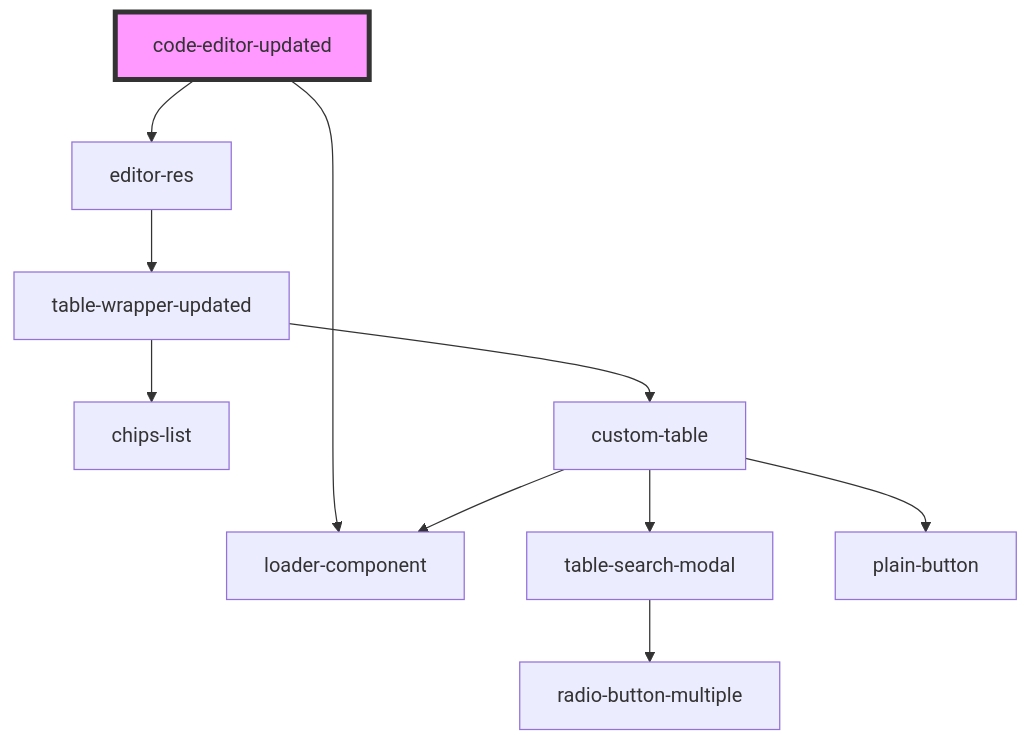
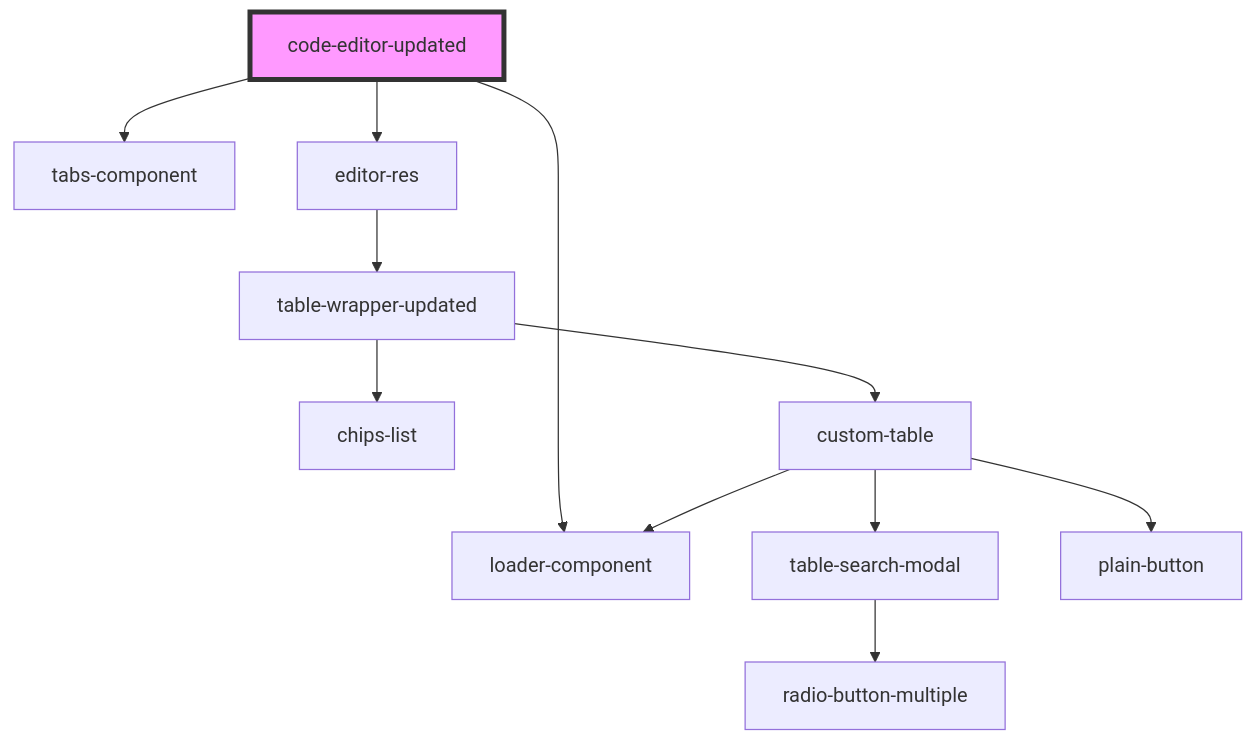
One commit to techvariable/NeptuneConnectComponents changed the diagram in src/components/code-editor-updated/readme.md. Above: the diagram before and after it, drawn with Mermaid. The commit also changed other lines of this file and 8 other files, not shown here.

````diff
--- a/src/components/code-editor-updated/readme.md
+++ b/src/components/code-editor-updated/readme.md
@@ -24,13 +26,14 @@
 ```mermaid
 graph TD;
+  code-editor-updated --> tabs-component
   code-editor-updated --> loader-component
   code-editor-updated --> editor-res
   editor-res --> table-wrapper-updated
   table-wrapper-updated --> chips-list
   table-wrapper-updated --> custom-table
   custom-table --> table-search-modal
   custom-table --> loader-component
   custom-table --> plain-button
   table-search-modal --> radio-button-multiple
   style code-editor-updated fill:#f9f,stroke:#333,stroke-width:4px
 ```
````
